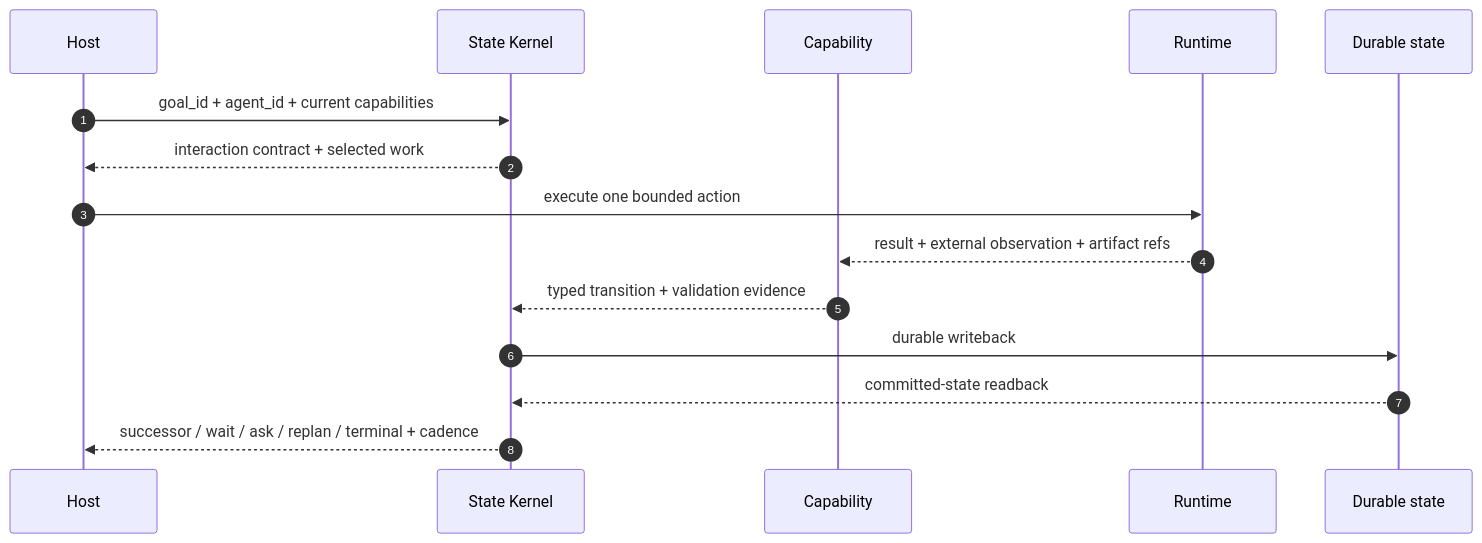
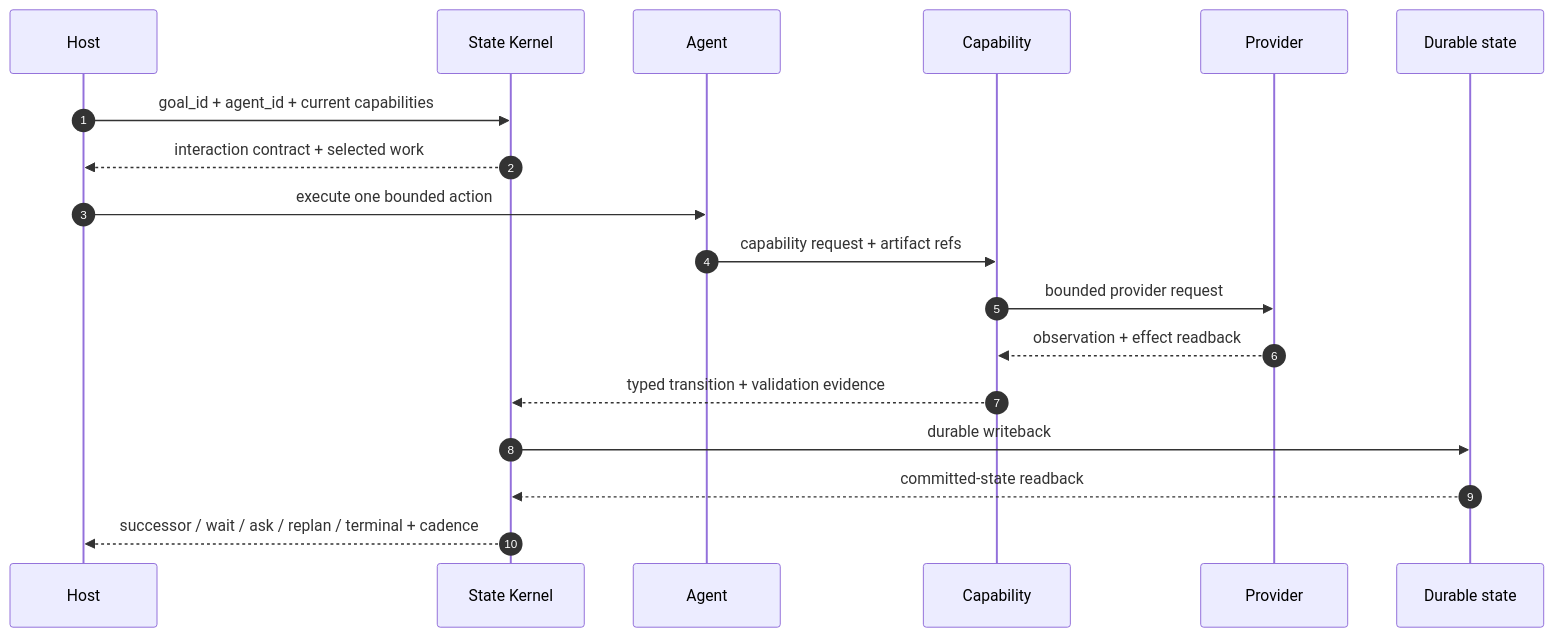
The fourth of 5 diagrams in docs/development/control-plane-course/00-goal-control-plane-architecture.md (liubf21/loopx), drawn with Mermaid before and after one commit. The commit also changed other lines of this file and 8 other files, not shown here.

````diff
--- a/docs/development/control-plane-course/00-goal-control-plane-architecture.md
+++ b/docs/development/control-plane-course/00-goal-control-plane-architecture.md
@@ -266,18 +297,21 @@
 ```mermaid
 sequenceDiagram
   autonumber
   participant H as Host
   participant K as State Kernel
+  participant A as Agent
   participant C as Capability
-  participant R as Runtime
+  participant P as Provider
   participant S as Durable state
 
   H->>K: goal_id + agent_id + current capabilities
   K-->>H: interaction contract + selected work
-  H->>R: execute one bounded action
-  R-->>C: result + external observation + artifact refs
+  H->>A: execute one bounded action
+  A->>C: capability request + artifact refs
+  C->>P: bounded provider request
+  P-->>C: observation + effect readback
   C-->>K: typed transition + validation evidence
   K->>S: durable writeback
   S-->>K: committed-state readback
   K-->>H: successor / wait / ask / replan / terminal + cadence
 ```
````
